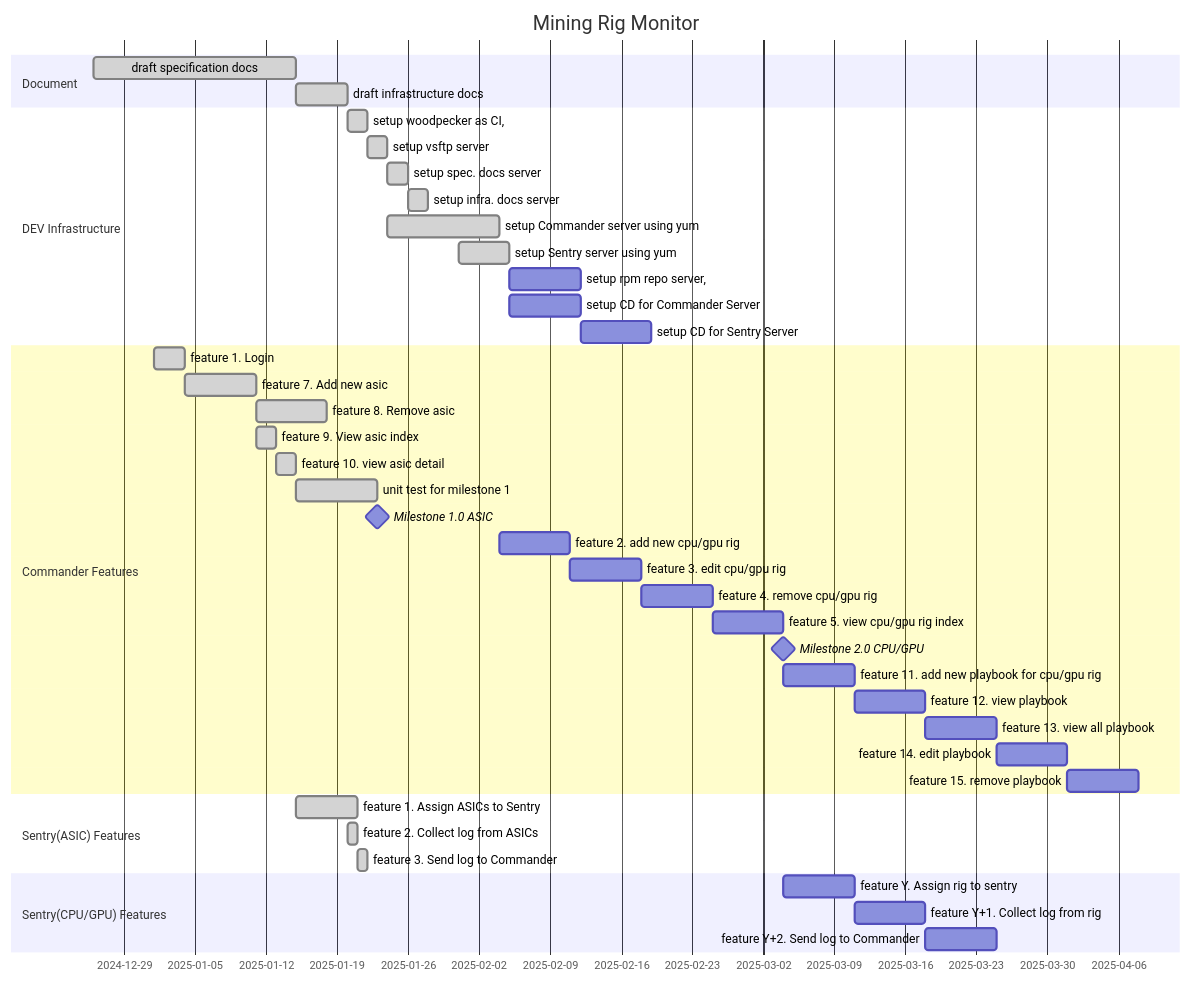
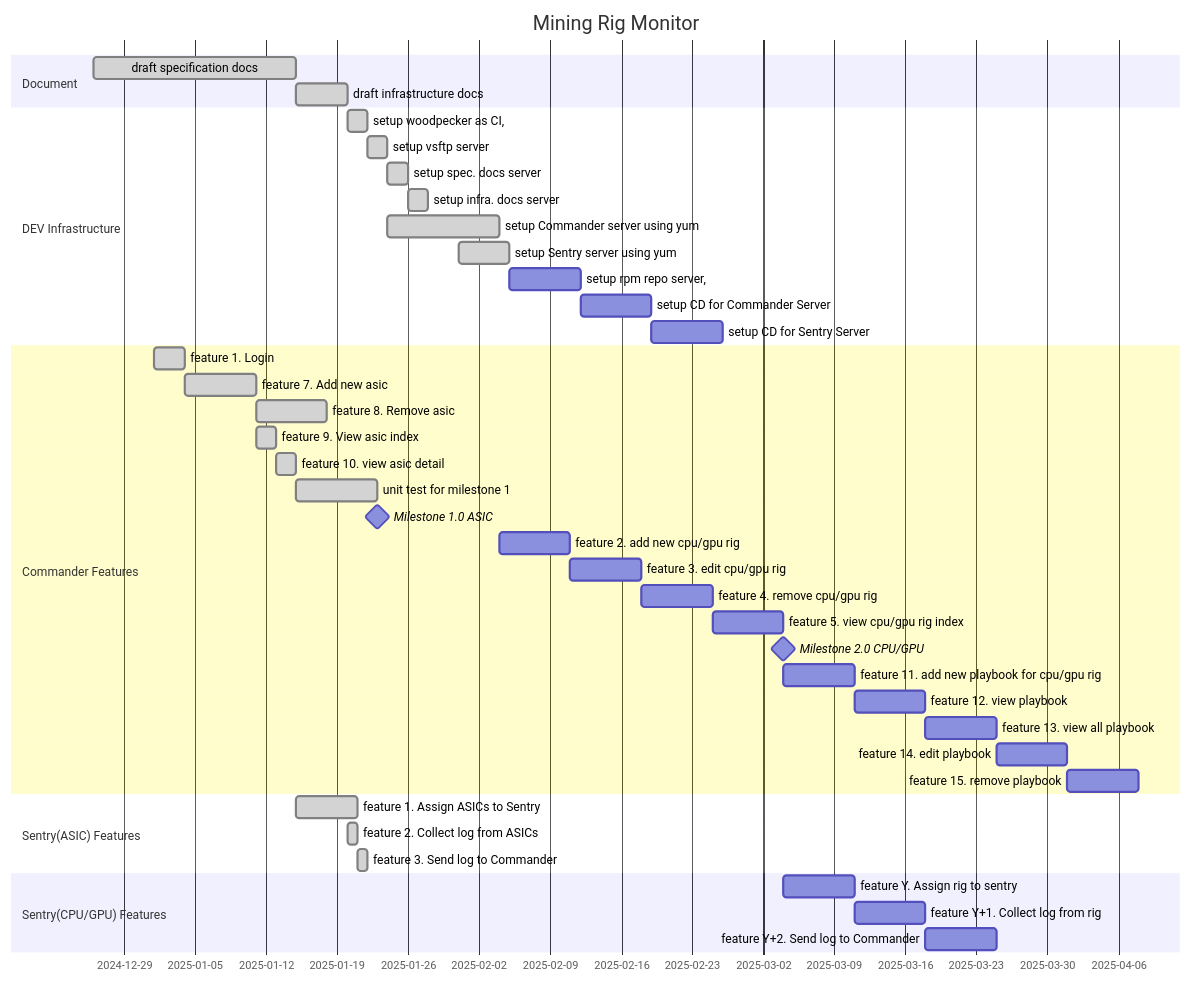
Before and after one commit to nguyenvinhlinh/Mining-Rig-Monitor-Document: the diagram in docs/06-project-management.md, drawn with Mermaid. The commit also changed 3 other files, not shown here.

````diff
--- a/docs/06-project-management.md
+++ b/docs/06-project-management.md
@@ -8,55 +8,55 @@
 ```mermaid
 gantt
     title Mining Rig Monitor
     dateFormat YYYY-MM-DD
 
     section Document
         draft specification  docs      :done, wsd, 2024-12-26, 20d
         draft infrastructure docs      :done, wid, after wsd, 5d
     section DEV Infrastructure
         setup woodpecker as CI,        :done, swci, after wid, 2d
         setup vsftp server             :done, svsftp, after swci, 2d
         setup spec. docs server        :done, ssds, after svsftp, 2d
         setup infra. docs server       :done, sids, after ssds, 2d
 
 
         setup Commander server using yum :done, scs, 2025-01-24, 2025-02-04
         setup Sentry server using yum    :done, sss, 2025-01-31, 2025-02-05
-        setup rpm repo server,          :srps, after sss, 1w
-        setup CD for Commander Server   :scdcs, after sss, 1w
-        setup CD for Sentry Server      :scdss, after scdcs, 1w
+        setup rpm repo server,           :srps, after sss, 1w
+        setup CD for Commander Server    :scdcs, after srps, 1w
+        setup CD for Sentry Server       :scdss, after scdcs, 1w
     section Commander Features
         feature  1. Login              :done, f01, 2025-01-01, 3d
 
         feature  7. Add new asic       :done, f07, after f01, 1w
         feature  8. Remove asic        :done, f08, after f07, 1w
         feature  9. View asic index    :done, f09, 2025-01-11, 2025-01-13
         feature 10. view asic detail   :done, f10, 2025-01-13, 2025-01-15
         unit test for milestone 1      :done, ut1, 2025-01-15, 2025-01-23
 
         Milestone 1.0 ASIC:            milestone, m1, 2025-01-23, 4m
 
         feature 2. add new cpu/gpu rig    :f02, after scs, 1w
         feature 3. edit cpu/gpu rig       :f03, after f02, 1w
         feature 4. remove cpu/gpu rig     :f04, after f03, 1w
         feature 5. view cpu/gpu rig index :f05, after f04, 1w
 
         Milestone 2.0 CPU/GPU: milestone, m2, after f05, 2m
 
         feature 11. add new playbook for cpu/gpu rig  :f11, after f05, 1w
         feature 12. view playbook                     :f12, after f11, 1w
         feature 13. view all playbook                 :f13, after f12, 1w
         feature 14. edit playbook                     :f14, after f13, 1w
         feature 15. remove playbook                   :f15, after f14, 1w
 
     section Sentry(ASIC) Features
         feature 1. Assign ASICs to Sentry    :done, aats, 2025-01-15, 2025-01-21
         feature 2. Collect log from ASICs    :done, clfa, 2025-01-20, 2025-01-21
         feature 3. Send log to Commander     :done, sltc, 2025-01-21, 2025-01-22
 
     section Sentry(CPU/GPU) Features
         feature Y. Assign rig to sentry    :fy, after f05, 1w
         feature Y+1. Collect log from rig  :fy1, after fy, 1w
         feature Y+2. Send log to Commander :fy2, after fy1, 1w
 
 ```
````
